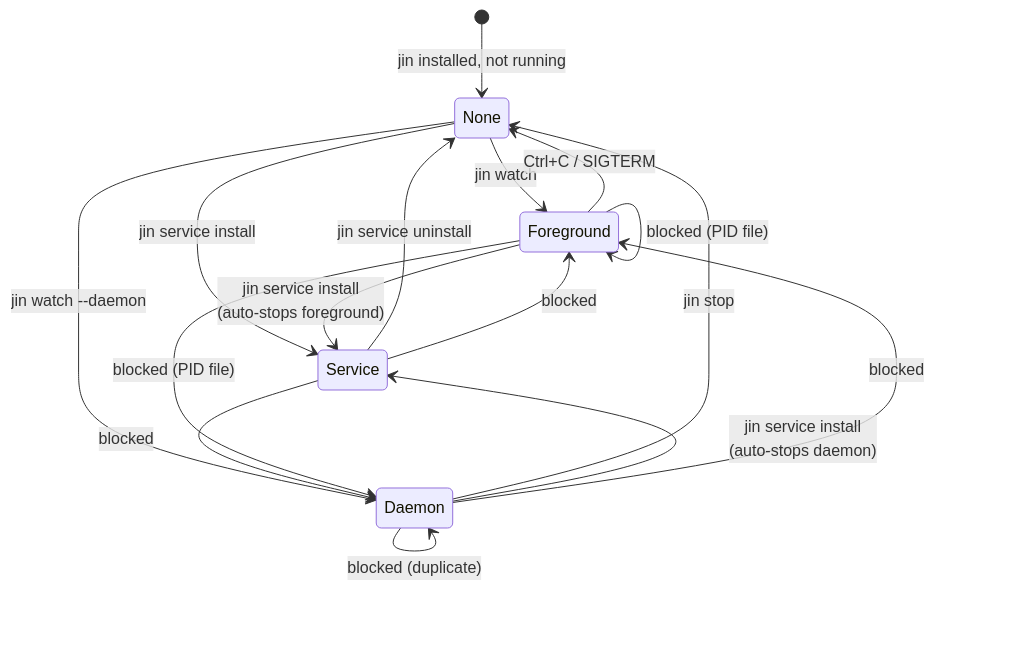
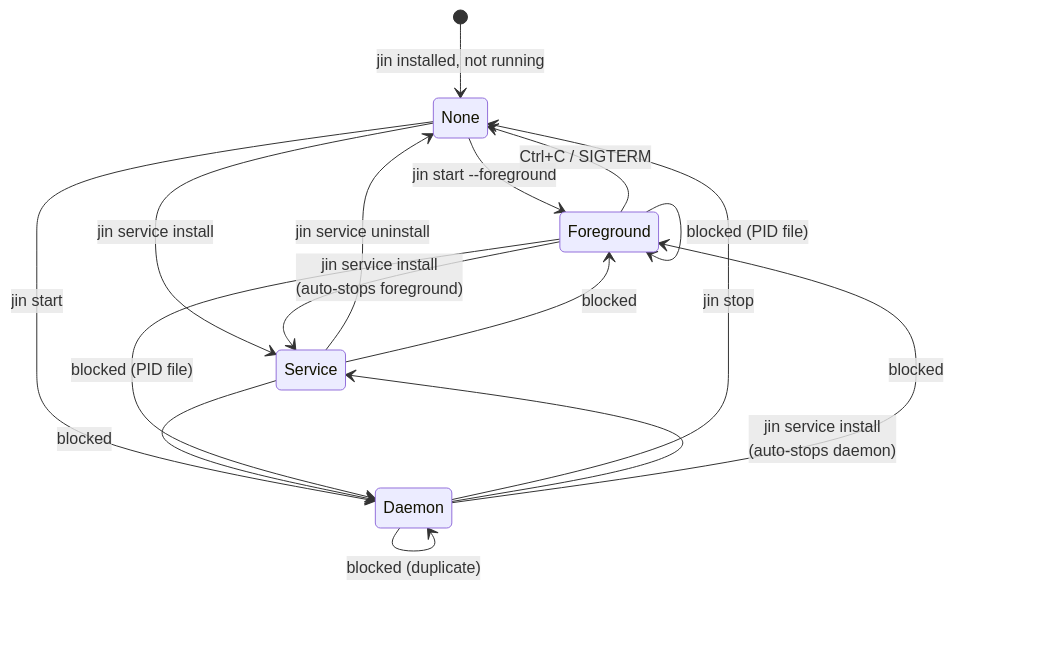
Before and after one commit to mendeleden/jin: the first of 4 diagrams in contributing/ELI5/RUN_MODES.md, drawn with Mermaid. The commit also changed other lines of this file and 20 other files, not shown here.

````diff
--- a/contributing/ELI5/RUN_MODES.md
+++ b/contributing/ELI5/RUN_MODES.md
@@ -9,22 +9,22 @@
 ```mermaid
 stateDiagram-v2
     [*] --> None: jin installed, not running
 
-    None --> Foreground: jin watch
-    None --> Daemon: jin watch --daemon
+    None --> Foreground: jin start --foreground
+    None --> Daemon: jin start
     None --> Service: jin service install
 
     Foreground --> None: Ctrl+C / SIGTERM
     Daemon --> None: jin stop
     Service --> None: jin service uninstall
 
     Daemon --> Service: jin service install<br/>(auto-stops daemon)
     Foreground --> Service: jin service install<br/>(auto-stops foreground)
 
     Service --> Foreground: blocked
     Service --> Daemon: blocked
     Daemon --> Foreground: blocked
     Daemon --> Daemon: blocked (duplicate)
     Foreground --> Foreground: blocked (PID file)
     Foreground --> Daemon: blocked (PID file)
 ```
````
